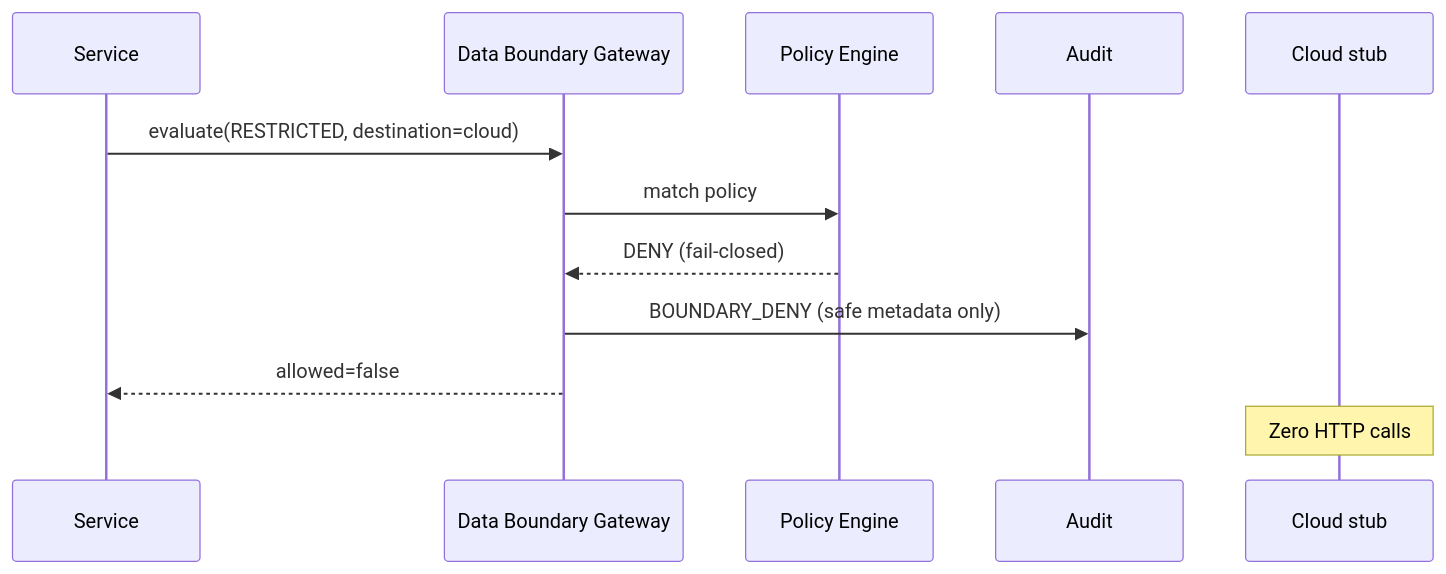
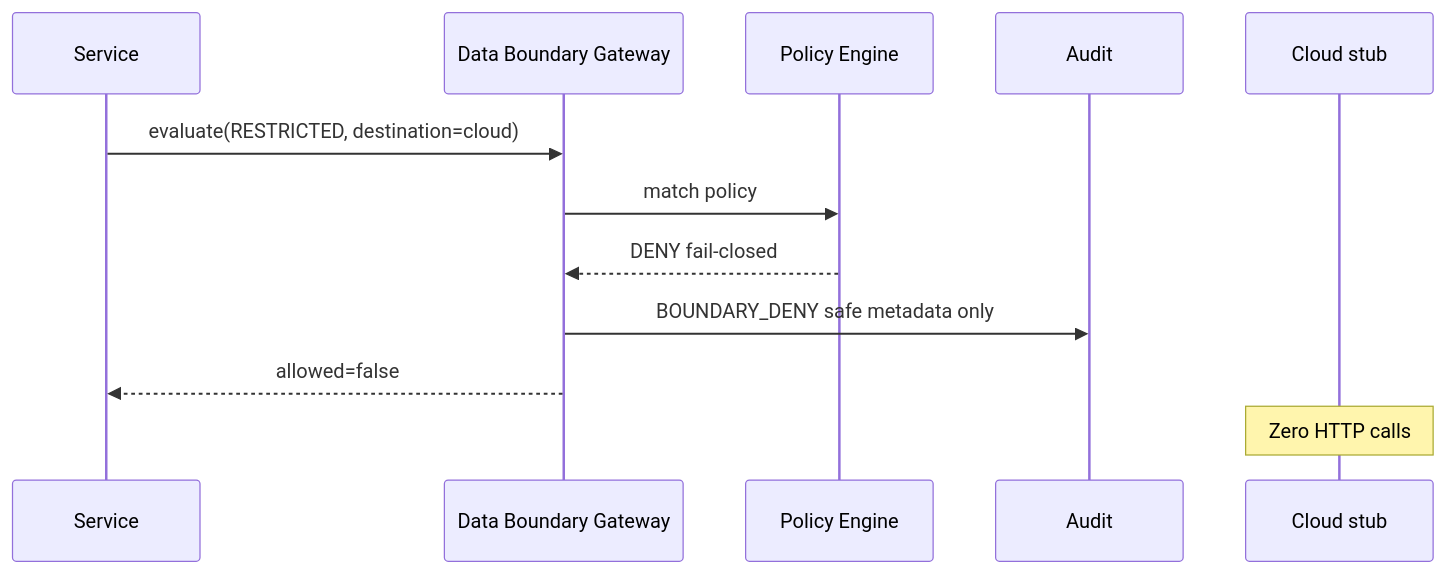
The tenth of 15 diagrams in docs/diagrams.md (Gautamprakash17/multilingual-voice-revenue-services), drawn with Mermaid before and after one commit. The commit also changed other lines of this file and 2 other files, not shown here.

First line of the commit message:
docs: sync architecture diagrams and data classification with codebase

````diff
--- a/docs/diagrams.md
+++ b/docs/diagrams.md
@@ -71,14 +298,14 @@
 ```mermaid
 sequenceDiagram
   participant S as Service
   participant G as Data Boundary Gateway
   participant P as Policy Engine
   participant A as Audit
   participant C as Cloud stub
   S->>G: evaluate(RESTRICTED, destination=cloud)
   G->>P: match policy
-  P-->>G: DENY (fail-closed)
-  G->>A: BOUNDARY_DENY (safe metadata only)
+  P-->>G: DENY fail-closed
+  G->>A: BOUNDARY_DENY safe metadata only
   G-->>S: allowed=false
   Note over C: Zero HTTP calls
 ```
````
